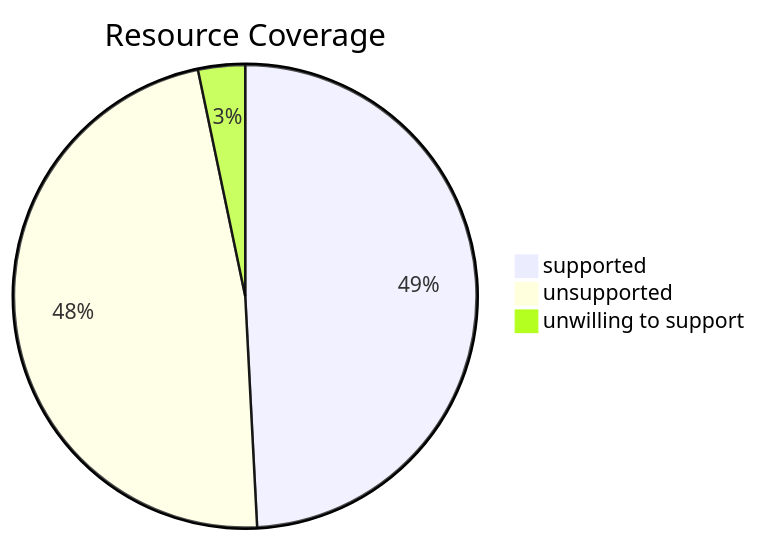
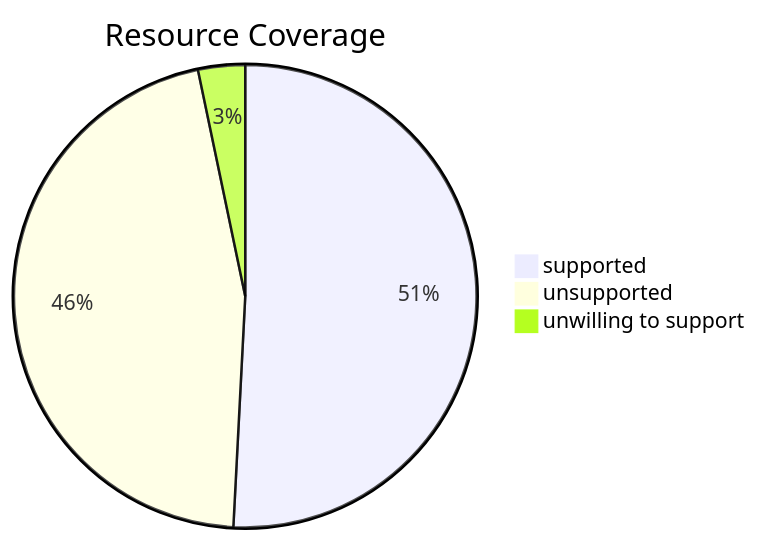
The diagram in README.md (lassoColombo/nuke), drawn with Mermaid before and after one commit. The commit also changed other lines of this file, not shown here.

````diff
--- a/README.md
+++ b/README.md
@@ -153,7 +153,7 @@
 ```mermaid
 pie title Resource Coverage
-    "supported" : 30
-    "unsupported" : 29
+    "supported" : 31
+    "unsupported" : 28
     "unwilling to support" : 2
 
 ```
````
